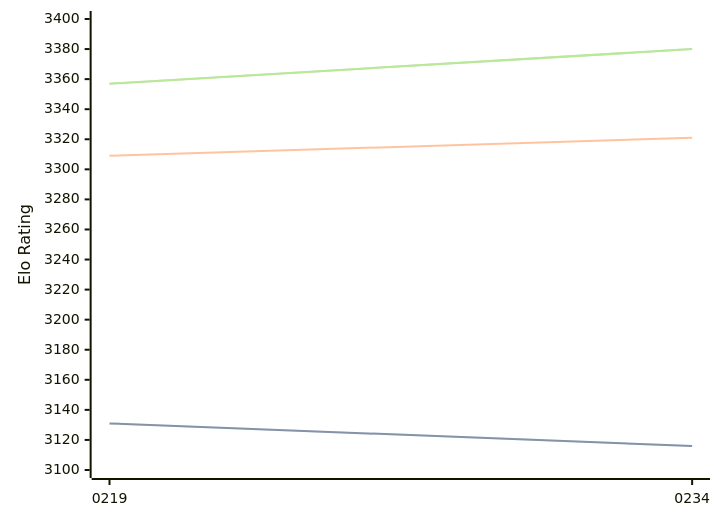
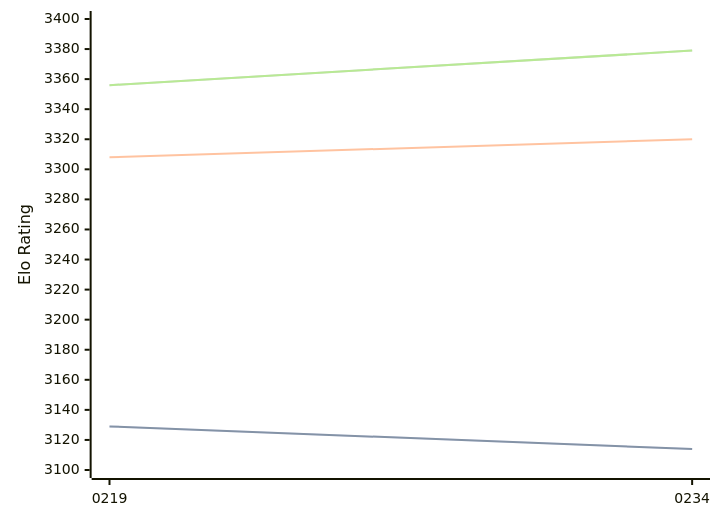
One commit to computer-chess-index/cci changed the diagram in engines/Ynode.md. Above: the diagram before and after it, drawn with Mermaid. The commit also changed other lines of this file, not shown here.

Commit message:
Update CCI Ratings (ELO VLTC) - 2026-06-07

````diff
--- a/engines/Ynode.md
+++ b/engines/Ynode.md
@@ -39,11 +39,11 @@
 ```mermaid
 %%{init: {"theme":"base","themeVariables":{"seriesColors:['#a3a3a3','#222221','#faa371']}}}%%
 xychart-beta
   x-axis ["0219", "0234"]
   y-axis "Elo Rating" 3100 --> 3400
-  line "STC (8.0+0.08s)" [3131, 3116]
-  line "STC (8.0+0.08s)" [3131, 3116]
-  line "LTC (60.0+0.60s)" [3309, 3321]
-  line "VLTC (2m24s+1.12s)" [3357, 3380]
-  line "VLTC (2m24s+1.12s)" [3357, 3380]
+  line "STC (8.0+0.08s)" [3129, 3114]
+  line "STC (8.0+0.08s)" [3129, 3114]
+  line "LTC (60.0+0.60s)" [3308, 3320]
+  line "VLTC (2m24s+1.12s)" [3356, 3379]
+  line "VLTC (2m24s+1.12s)" [3356, 3379]
 ```
````
